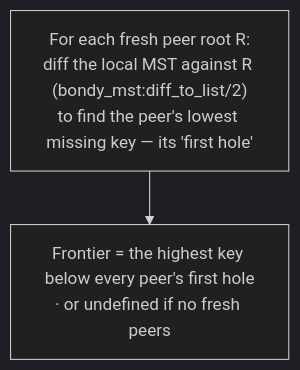
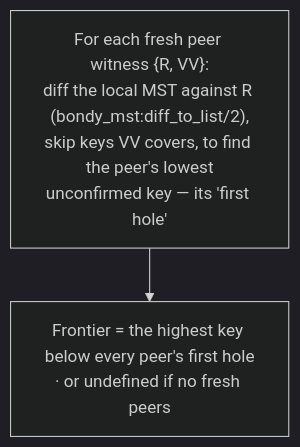
Before and after one commit to bondy-io/bondy: the third of 16 diagrams in apps/bondy_db/doc_extras/architecture/06_compaction_and_bootstrap.md, drawn with Mermaid (dark theme). The commit also changed other lines of this file and 35 other files, not shown here.

````diff
--- a/apps/bondy_db/doc_extras/architecture/06_compaction_and_bootstrap.md
+++ b/apps/bondy_db/doc_extras/architecture/06_compaction_and_bootstrap.md
@@ -103,7 +117,7 @@
 ```mermaid
 flowchart TB
-    P["For each fresh peer root R:<br/>diff the local MST against R (bondy_mst:diff_to_list/2)<br/>to find the peer's lowest missing key — its 'first hole'"]
+    P["For each fresh peer witness {R, VV}:<br/>diff the local MST against R (bondy_mst:diff_to_list/2),<br/>skip keys VV covers, to find the peer's lowest<br/>unconfirmed key — its 'first hole'"]
     F["Frontier = the highest key below every peer's first hole<br/>· or undefined if no fresh peers"]
 
     P --> F
 ```
````
